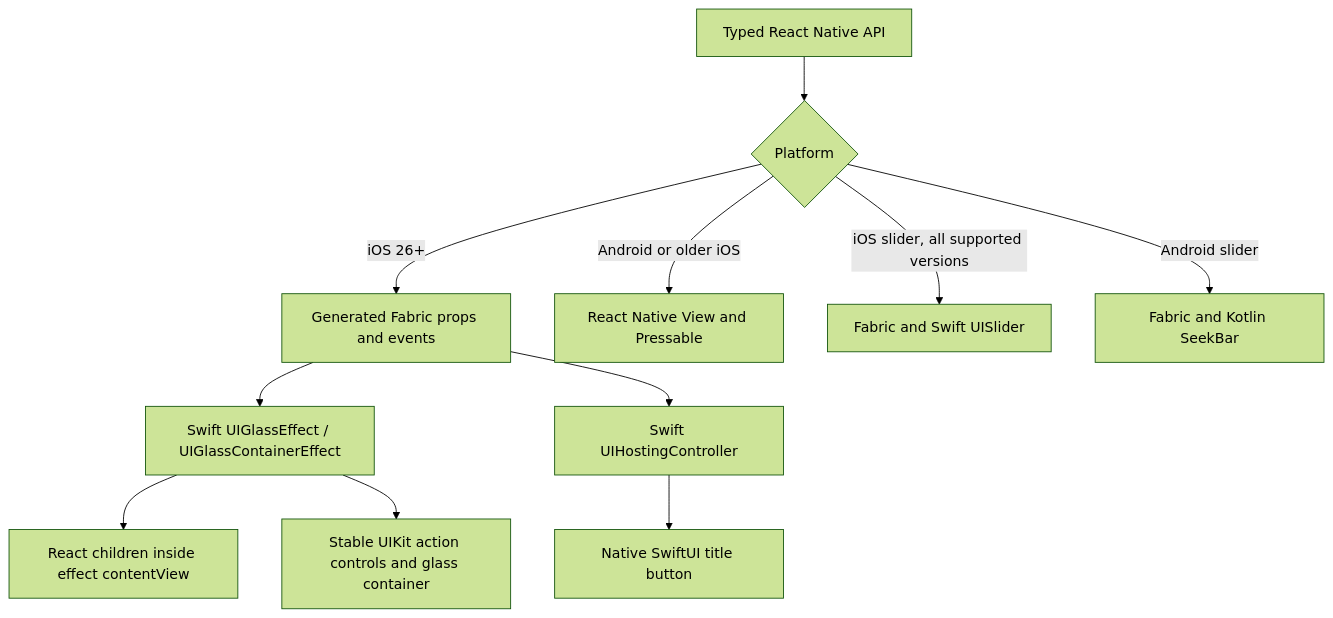
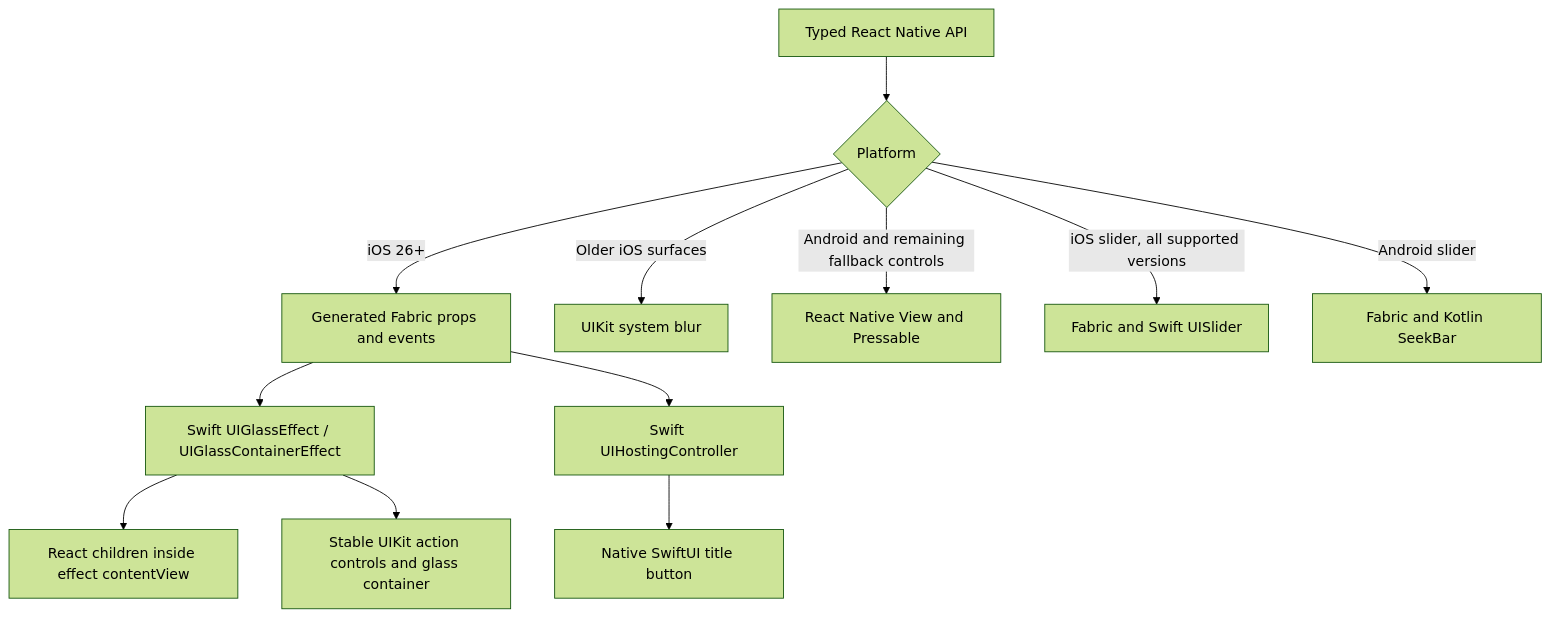
Before and after one commit to likith099/liquedGlassRecreate: the diagram in docs/architecture.md, drawn with Mermaid (forest theme). The commit also changed other lines of this file and 36 other files, not shown here.

First line of the commit message:
chore(release): prepare @likith99/react-native-adaptive-liquid-glass 0.1.0

````diff
--- a/docs/architecture.md
+++ b/docs/architecture.md
@@ -3,13 +3,14 @@
 ```mermaid
 flowchart TD
   JS[Typed React Native API] --> Platform{Platform}
   Platform -->|iOS 26+| Fabric[Generated Fabric props and events]
   Fabric --> UIKit[Swift UIGlassEffect / UIGlassContainerEffect]
   Fabric --> Host[Swift UIHostingController]
   UIKit --> Children[React children inside effect contentView]
   Host --> SwiftUI[Native SwiftUI title button]
   UIKit --> Cluster[Stable UIKit action controls and glass container]
-  Platform -->|Android or older iOS| RN[React Native View and Pressable]
+  Platform -->|Older iOS surfaces| Blur[UIKit system blur]
+  Platform -->|Android and remaining fallback controls| RN[React Native View and Pressable]
   Platform -->|iOS slider, all supported versions| Slider[Fabric and Swift UISlider]
   Platform -->|Android slider| SeekBar[Fabric and Kotlin SeekBar]
 ```
````
